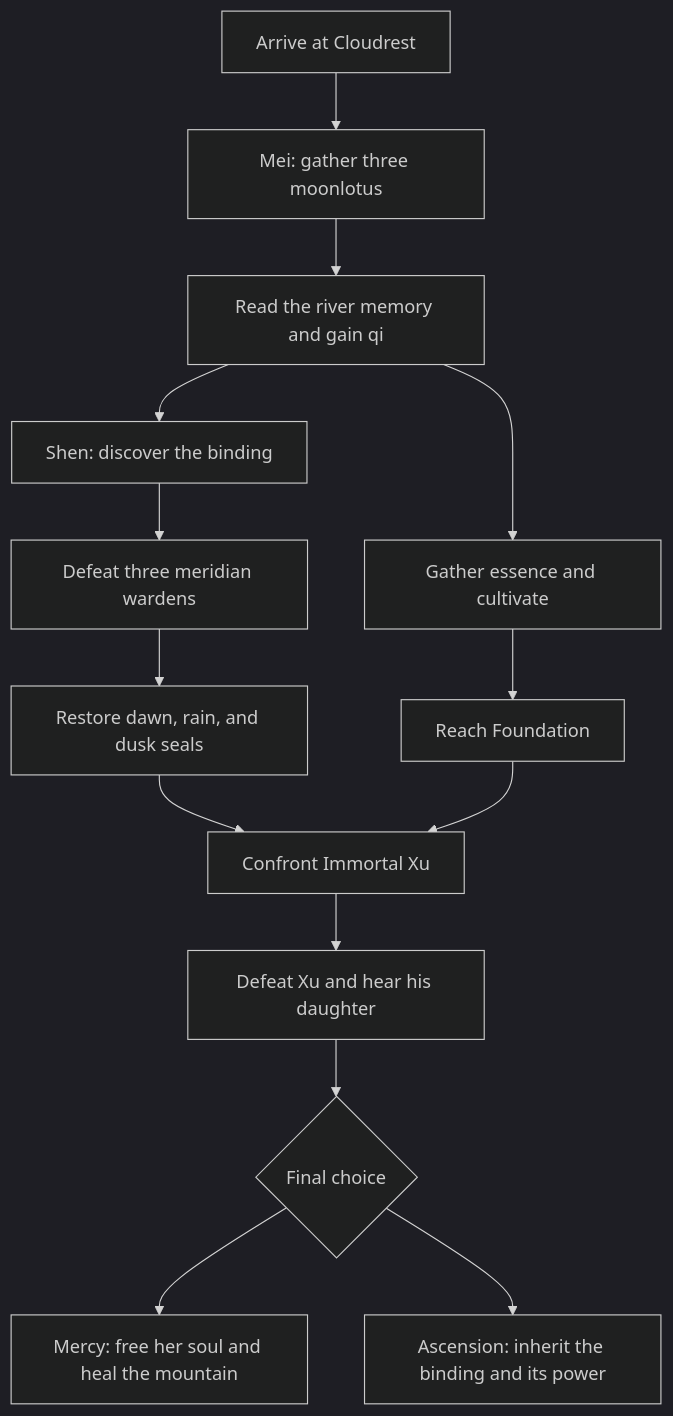
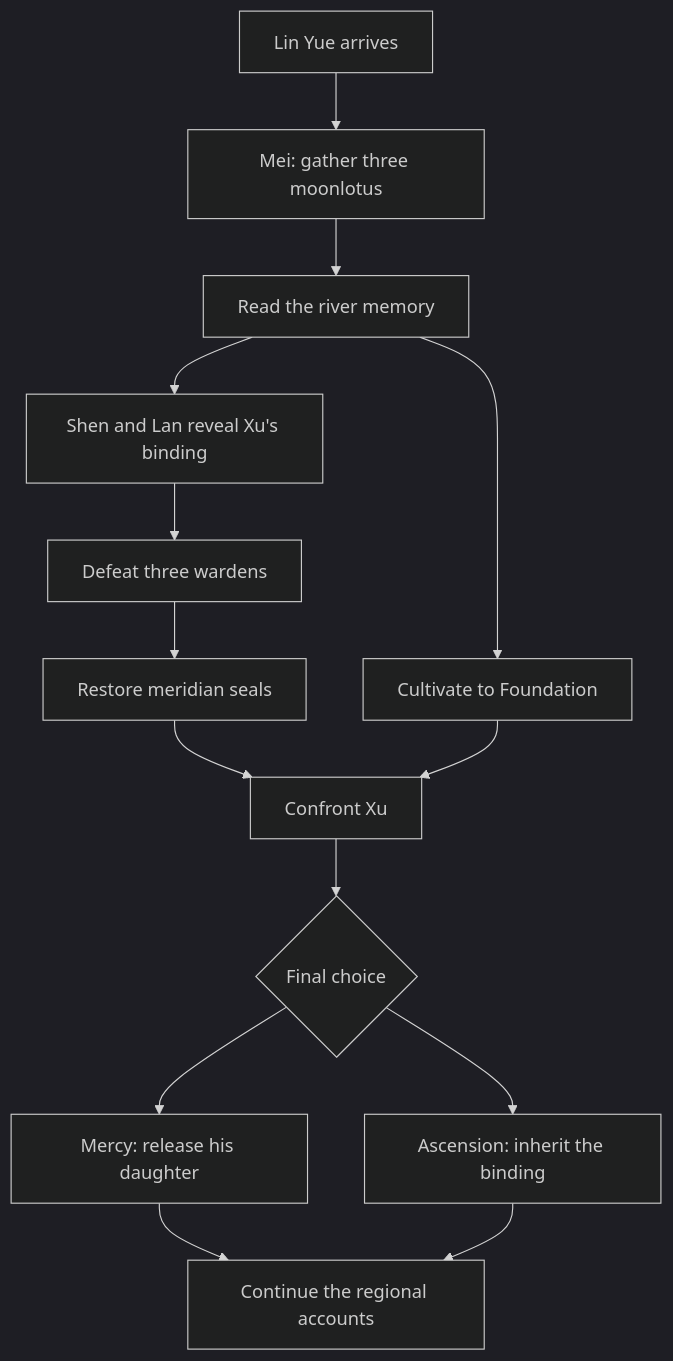
Before and after one commit to jgyy/2.5dxianxia: the first of 5 diagrams in docs/DESIGN.md, drawn with Mermaid (dark theme). The commit also changed other lines of this file and 1402 other files, not shown here.

````diff
--- a/docs/DESIGN.md
+++ b/docs/DESIGN.md
@@ -7,16 +7,16 @@
 ```mermaid
 flowchart TD
-    A[Arrive at Cloudrest] --> B[Mei: gather three moonlotus]
-    B --> C[Read the river memory and gain qi]
-    C --> D[Shen: discover the binding]
-    D --> E[Defeat three meridian wardens]
-    E --> F[Restore dawn, rain, and dusk seals]
-    C --> G[Gather essence and cultivate]
-    G --> H[Reach Foundation]
-    F --> I[Confront Immortal Xu]
-    H --> I
-    I --> J[Defeat Xu and hear his daughter]
-    J --> K{Final choice}
-    K --> L[Mercy: free her soul and heal the mountain]
-    K --> M[Ascension: inherit the binding and its power]
+    A[Lin Yue arrives] --> B[Mei: gather three moonlotus]
+    B --> C[Read the river memory]
+    C --> D[Shen and Lan reveal Xu's binding]
+    D --> E[Defeat three wardens]
+    E --> F[Restore meridian seals]
+    C --> G[Cultivate to Foundation]
+    F --> H[Confront Xu]
+    G --> H
+    H --> I{Final choice}
+    I --> J[Mercy: release his daughter]
+    I --> K[Ascension: inherit the binding]
+    J --> L[Continue the regional accounts]
+    K --> L
 ```
````
